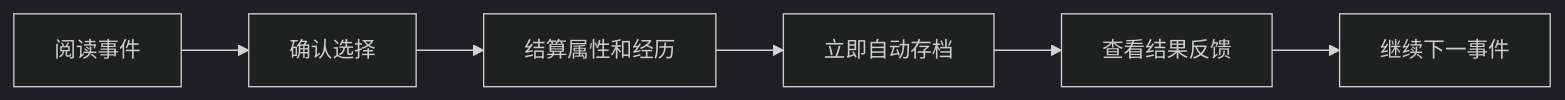
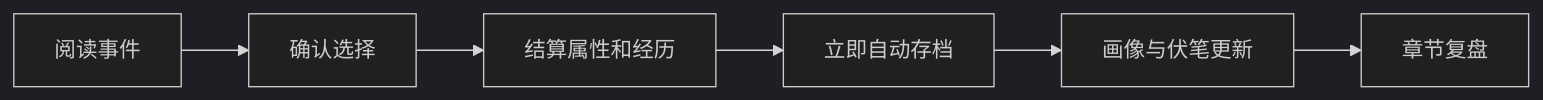
The seventh of 8 diagrams in docs/USER_GUIDE.md (shihg7/wechat_mini_program), drawn with Mermaid (dark theme) before and after one commit. The commit also changed other lines of this file and 23 other files, not shown here.

````diff
--- a/docs/USER_GUIDE.md
+++ b/docs/USER_GUIDE.md
@@ -454,14 +454,14 @@
 ```mermaid
 flowchart LR
     A["阅读事件"]
     B["确认选择"]
     C["结算属性和经历"]
     D["立即自动存档"]
-    E["查看结果反馈"]
-    F["继续下一事件"]
+    E["画像与伏笔更新"]
+    F["章节复盘"]
     A --> B
     B --> C
     C --> D
     D --> E
     E --> F
 ```
````
